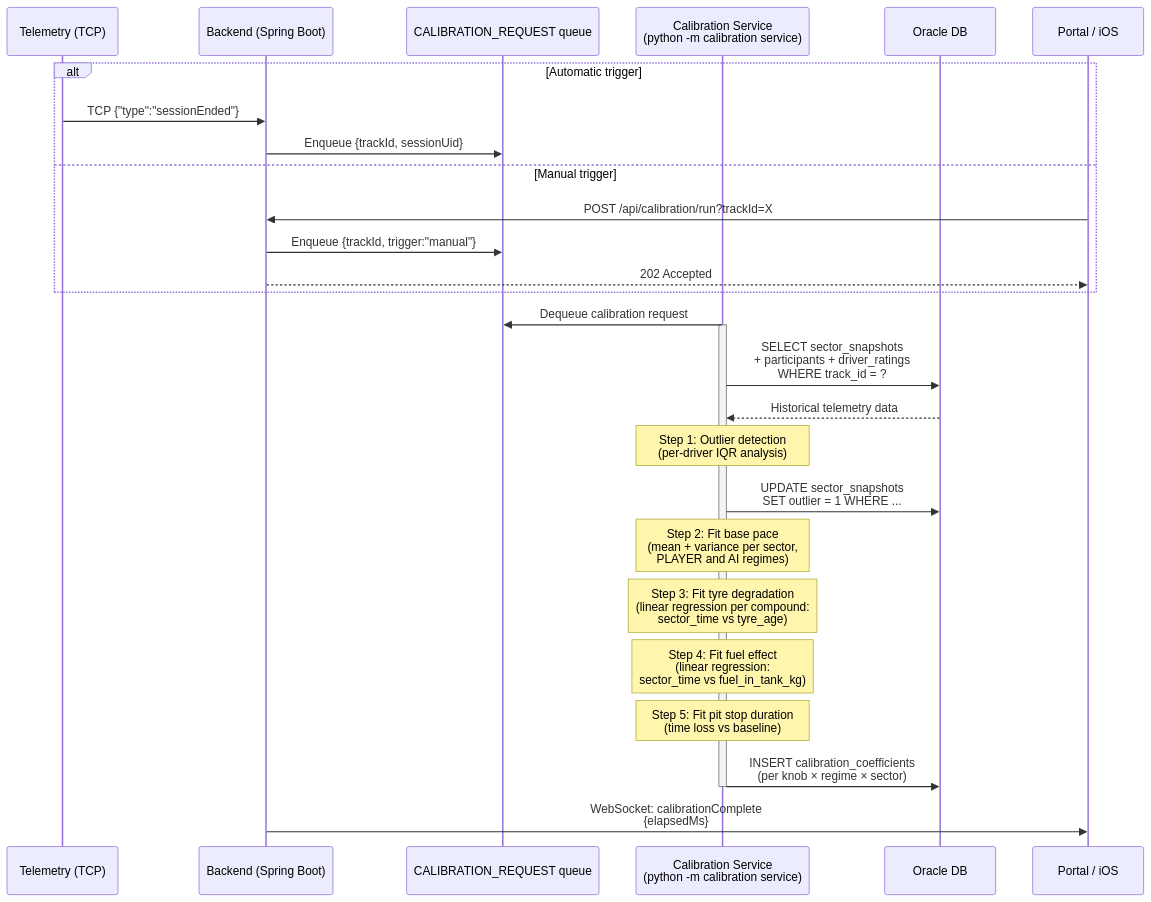
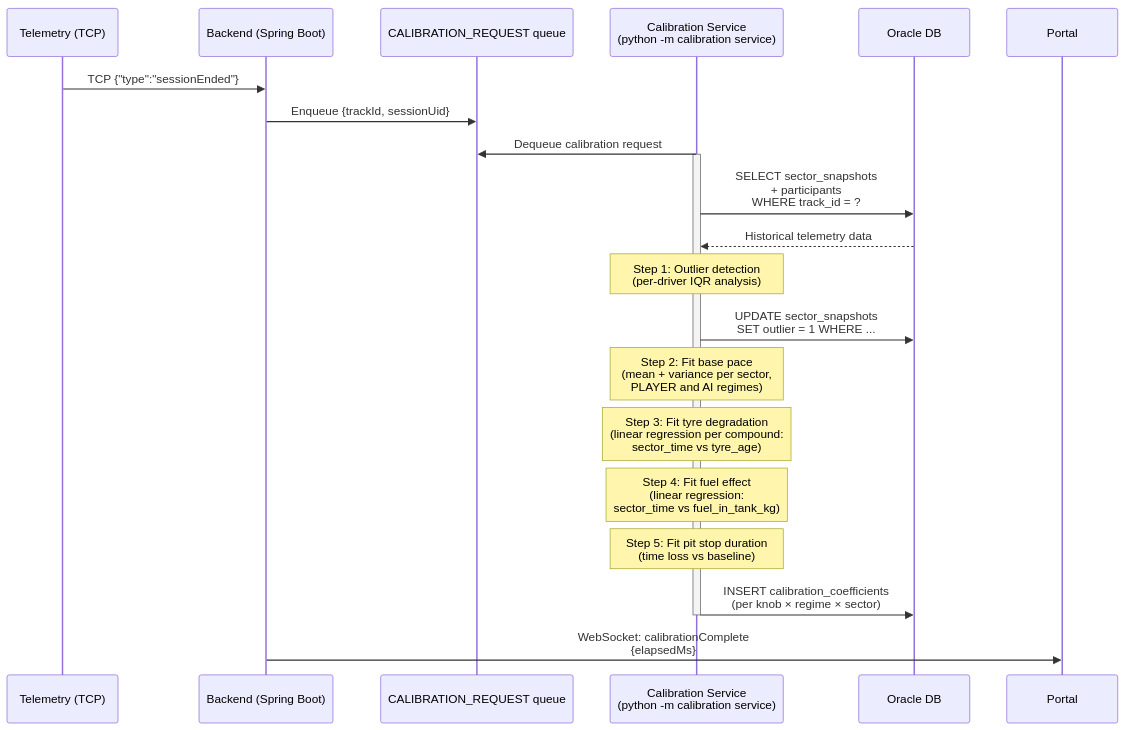
One commit to vmleon/f12025-race-strategy-simulation changed the second of 4 diagrams in design/05-CALIBRATION.md. Above: the diagram before and after it, drawn with Mermaid. The commit also changed other lines of this file and 4 other files, not shown here.

````diff
--- a/design/05-CALIBRATION.md
+++ b/design/05-CALIBRATION.md
@@ -21,40 +21,33 @@
 ```mermaid
 sequenceDiagram
     participant Telemetry as Telemetry (TCP)
     participant Backend as Backend (Spring Boot)
     participant Q as CALIBRATION_REQUEST queue
     participant Service as Calibration Service<br/>(python -m calibration service)
     participant DB as Oracle DB
-    participant Portal as Portal / iOS
 
-    alt Automatic trigger
-        Telemetry->>Backend: TCP {"type":"sessionEnded"}
-        Backend->>Q: Enqueue {trackId, sessionUid}
-    else Manual trigger
-        Portal->>Backend: POST /api/calibration/run?trackId=X
-        Backend->>Q: Enqueue {trackId, trigger:"manual"}
-        Backend-->>Portal: 202 Accepted
-    end
+    Telemetry->>Backend: TCP {"type":"sessionEnded"}
+    Backend->>Q: Enqueue {trackId, sessionUid}
 
     Service->>Q: Dequeue calibration request
     activate Service
 
-    Service->>DB: SELECT sector_snapshots<br/>+ participants + driver_ratings<br/>WHERE track_id = ?
+    Service->>DB: SELECT sector_snapshots<br/>+ participants<br/>WHERE track_id = ?
     DB-->>Service: Historical telemetry data
 
     Note over Service: Step 1: Outlier detection<br/>(per-driver IQR analysis)
     Service->>DB: UPDATE sector_snapshots<br/>SET outlier = 1 WHERE ...
 
     Note over Service: Step 2: Fit base pace<br/>(mean + variance per sector,<br/>PLAYER and AI regimes)
 
     Note over Service: Step 3: Fit tyre degradation<br/>(linear regression per compound:<br/>sector_time vs tyre_age)
 
     Note over Service: Step 4: Fit fuel effect<br/>(linear regression:<br/>sector_time vs fuel_in_tank_kg)
 
     Note over Service: Step 5: Fit pit stop duration<br/>(time loss vs baseline)
 
     Service->>DB: INSERT calibration_coefficients<br/>(per knob × regime × sector)
     deactivate Service
 
     Backend->>Portal: WebSocket: calibrationComplete<br/>{elapsedMs}
 ```
````
